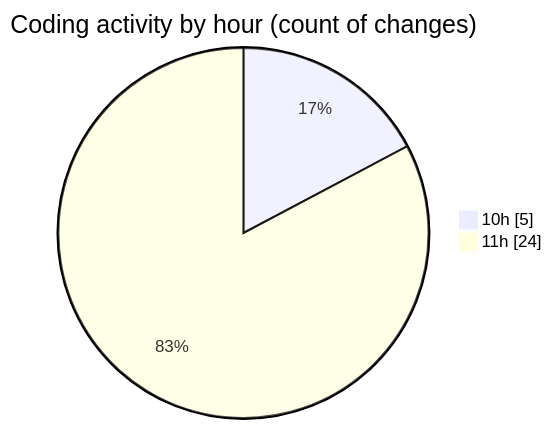
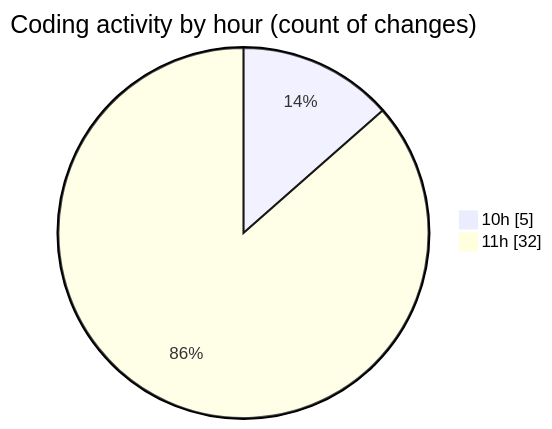
Before and after one commit to momahboobian/code-tracking: the second of 2 diagrams in 2025-07-07/cda/README.md, drawn with Mermaid. The commit also changed other lines of this file and 1 other file, not shown here.

````diff
--- a/2025-07-07/cda/README.md
+++ b/2025-07-07/cda/README.md
@@ -35,6 +35,6 @@
 ```mermaid
 pie showData
 title Coding activity by hour (count of changes)
 "10h" : 5
-"11h" : 24
+"11h" : 32
 ```
````
